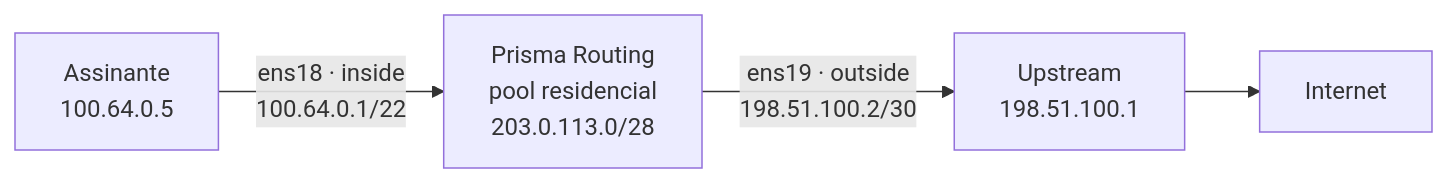
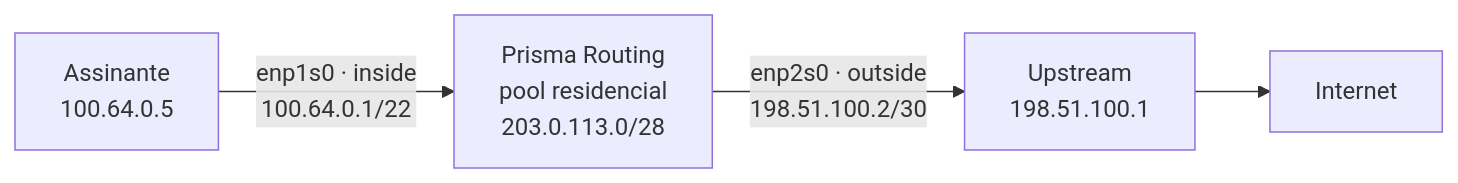
Before and after one commit to andrediashexa/prismarouting: the first of 2 diagrams in wiki/comecar-aqui/configurar-o-cgnat-passo-a-passo.md, drawn with Mermaid. The commit also changed other lines of this file and 73 other files, not shown here.

````diff
--- a/wiki/comecar-aqui/configurar-o-cgnat-passo-a-passo.md
+++ b/wiki/comecar-aqui/configurar-o-cgnat-passo-a-passo.md
@@ -7,6 +7,6 @@
 ```mermaid
 flowchart LR
-    S["Assinante<br/>100.64.0.5"] -->|"ens18 · inside<br/>100.64.0.1/22"| B["Prisma Routing<br/>pool residencial<br/>203.0.113.0/28"]
-    B -->|"ens19 · outside<br/>198.51.100.2/30"| U["Upstream<br/>198.51.100.1"]
+    S["Assinante<br/>100.64.0.5"] -->|"enp1s0 · inside<br/>100.64.0.1/22"| B["Prisma Routing<br/>pool residencial<br/>203.0.113.0/28"]
+    B -->|"enp2s0 · outside<br/>198.51.100.2/30"| U["Upstream<br/>198.51.100.1"]
     U --> I["Internet"]
 ```
````
